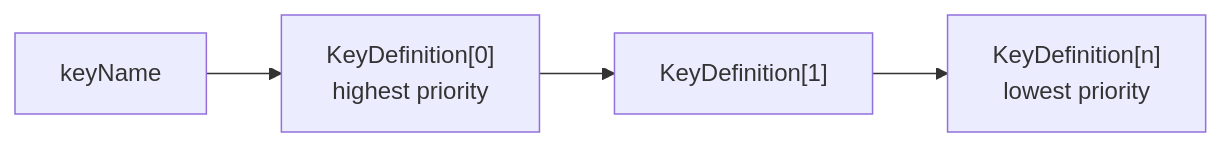
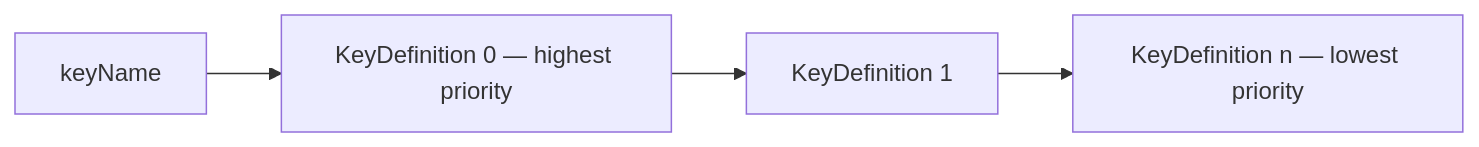
The third of 3 diagrams in docs/images/keyspace-data-model.md (dita-community/pydita), drawn with Mermaid before and after one commit. The commit also changed other lines of this file and 3 other files, not shown here.

First line of the commit message:
#8: Fix Mermaid parse errors in diagram files

````diff
--- a/docs/images/keyspace-data-model.md
+++ b/docs/images/keyspace-data-model.md
@@ -85,6 +86,6 @@
 ```mermaid
 flowchart LR
-    KN["keyName"] --> KD0["KeyDefinition[0]\nhighest priority"]
-    KD0 --> KD1["KeyDefinition[1]"]
-    KD1 --> KDN["KeyDefinition[n]\nlowest priority"]
+    KN["keyName"] --> KD0["KeyDefinition 0 — highest priority"]
+    KD0 --> KD1["KeyDefinition 1"]
+    KD1 --> KDN["KeyDefinition n — lowest priority"]
 ```
````
